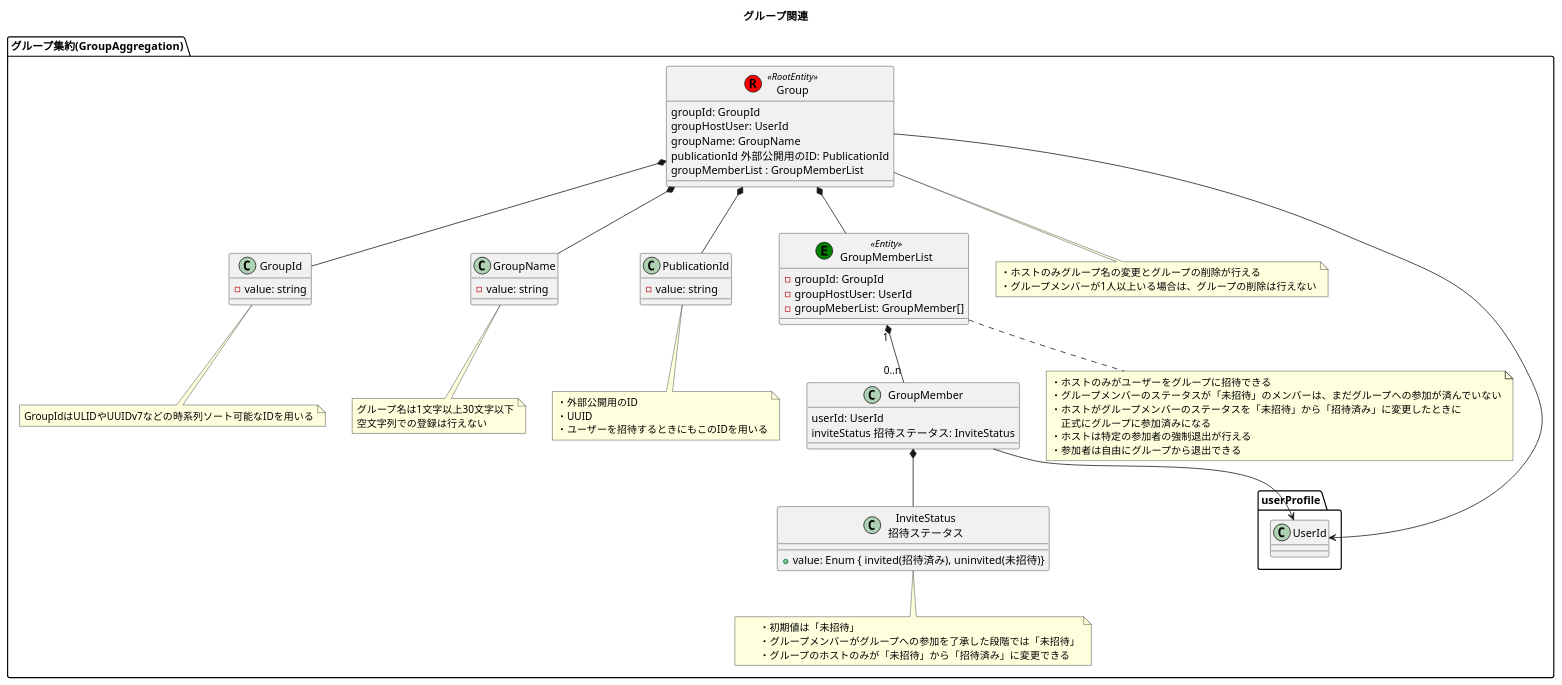
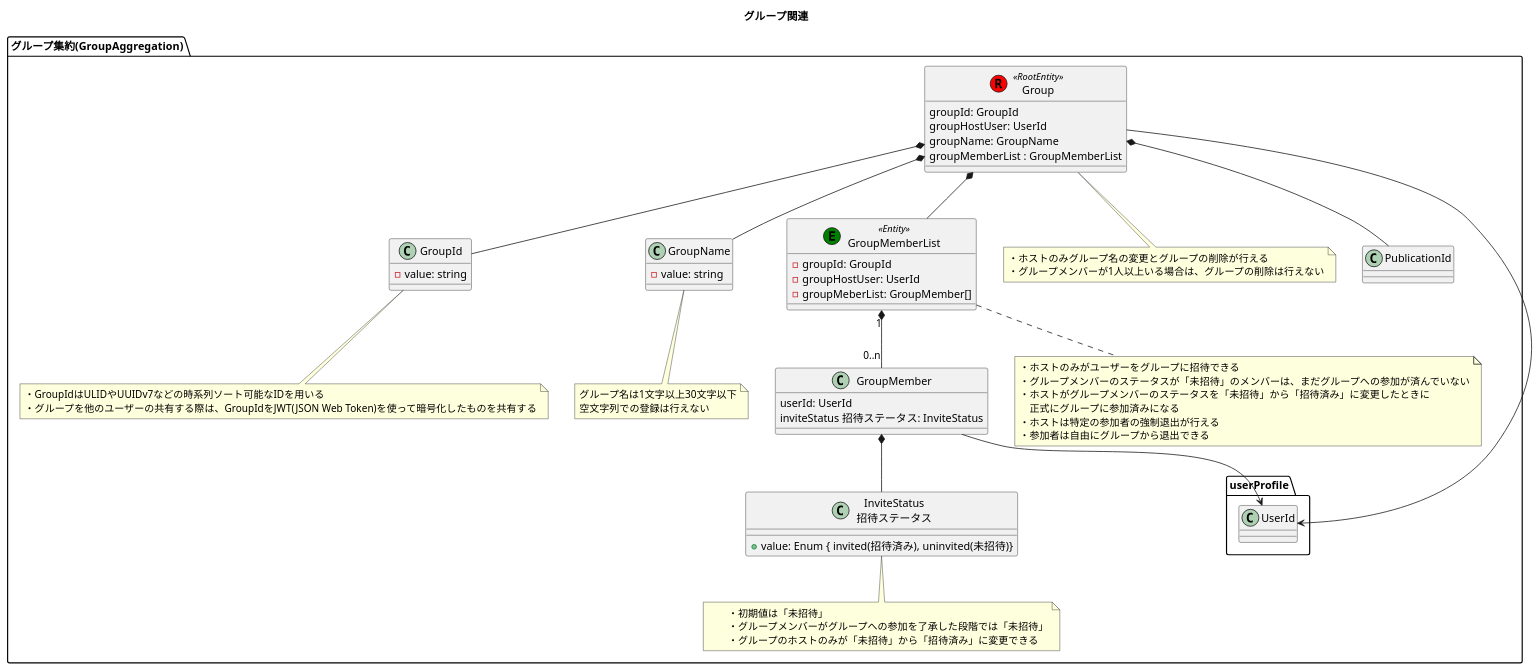
The diagram in modelingDiagram/domainModelDiagram/グループ関連.pu (h-maki2/identityAccess), drawn with PlantUML before and after one commit. The commit also changed 1 other file, not shown here.

Commit message:
ER図を作成

```diff
--- a/modelingDiagram/domainModelDiagram/グループ関連.pu
+++ b/modelingDiagram/domainModelDiagram/グループ関連.pu
@@ -1,86 +1,76 @@
 @startuml グループ関連
 
 title グループ関連
 
 package "グループ集約(GroupAggregation)" {
     class Group << (R,red) RootEntity >> {
         groupId: GroupId
         groupHostUser: UserId
         groupName: GroupName
-        publicationId 外部公開用のID: PublicationId
         groupMemberList : GroupMemberList
     }
 
     class GroupId {
         - value: string
     }
 
     class GroupName {
-        - value: string
-    }
-
-    class PublicationId {
         - value: string
     }
 
     class GroupMemberList << (E,green) Entity >> {
         - groupId: GroupId
         - groupHostUser: UserId
         - groupMeberList: GroupMember[]
     }
 
     class GroupMember {
         userId: UserId
         inviteStatus 招待ステータス: InviteStatus
     }
 
     class "InviteStatus\n招待ステータス" as InviteStatus {
         + value: Enum { invited(招待済み), uninvited(未招待)}
     }
 
     note bottom of Group
         ・ホストのみグループ名の変更とグループの削除が行える
         ・グループメンバーが1人以上いる場合は、グループの削除は行えない
     end note
 
     note bottom of GroupMemberList
         ・ホストのみがユーザーをグループに招待できる
         ・グループメンバーのステータスが「未招待」のメンバーは、まだグループへの参加が済んでいない
         ・ホストがグループメンバーのステータスを「未招待」から「招待済み」に変更したときに
         　正式にグループに参加済みになる
         ・ホストは特定の参加者の強制退出が行える
         ・参加者は自由にグループから退出できる
     end note
 
     note bottom of GroupName
         グループ名は1文字以上30文字以下
         空文字列での登録は行えない
     end note
 
     note bottom of GroupId
-        GroupIdはULIDやUUIDv7などの時系列ソート可能なIDを用いる
+        ・GroupIdはULIDやUUIDv7などの時系列ソート可能なIDを用いる
+        ・グループを他のユーザーの共有する際は、GroupIdをJWT(JSON Web Token)を使って暗号化したものを共有する
     end note
 
     note bottom of InviteStatus
     　　・初期値は「未招待」
     　　・グループメンバーがグループへの参加を了承した段階では「未招待」
     　　・グループのホストのみが「未招待」から「招待済み」に変更できる
-    end note
-
-    note bottom of PublicationId
-        ・外部公開用のID
-        ・UUID
-        ・ユーザーを招待するときにもこのIDを用いる
     end note
 
     Group *-down- GroupId
     Group *-down- GroupName
     Group *-down- PublicationId
     Group *-down- GroupMemberList
     Group -down-> userProfile.UserId
     GroupMemberList "1" *-down- "0..n" GroupMember
     GroupMember -down-> userProfile.UserId
     GroupMember *-down- InviteStatus
 }
 
 @enduml
```
